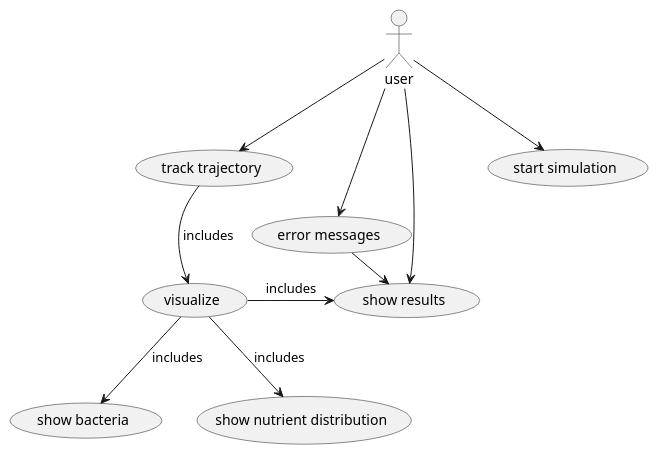
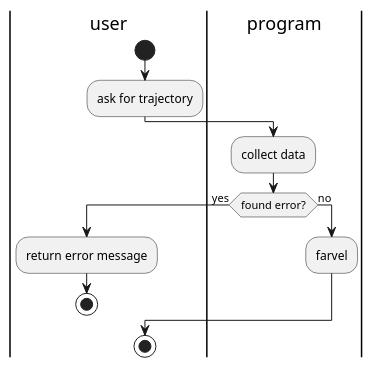
One commit to programming-formalisms/programming_formalisms_project_autumn_2023 changed the diagram in design/use_case_diagram_HJ.md. Above: the diagram before and after it, drawn with PlantUML.

Commit message:
added some points to diagram

```diff
--- a/design/use_case_diagram_HJ.md
+++ b/design/use_case_diagram_HJ.md
@@ -2,13 +2,19 @@
 @startuml
 
-user --> (track trajectory)
-(track trajectory) --> (visualize) : includes
-(visualize) --> (show bacteria) : includes
-(visualize) --> (show nutrient distribution) : includes
-user --> (show results)
-(visualize) -> (show results) : includes
-user --> (error messages)
-user --> (start simulation)
-(error messages) -> (show results): includes
+|user|
+start
+:ask for trajectory;
+|program|
+:collect data;
+if (found error?) then (yes)
+|user|
+:return error message;
+stop
+else (no)
+|program|
+:farvel;
+endif
+|user|
+stop
 
 @enduml
```
